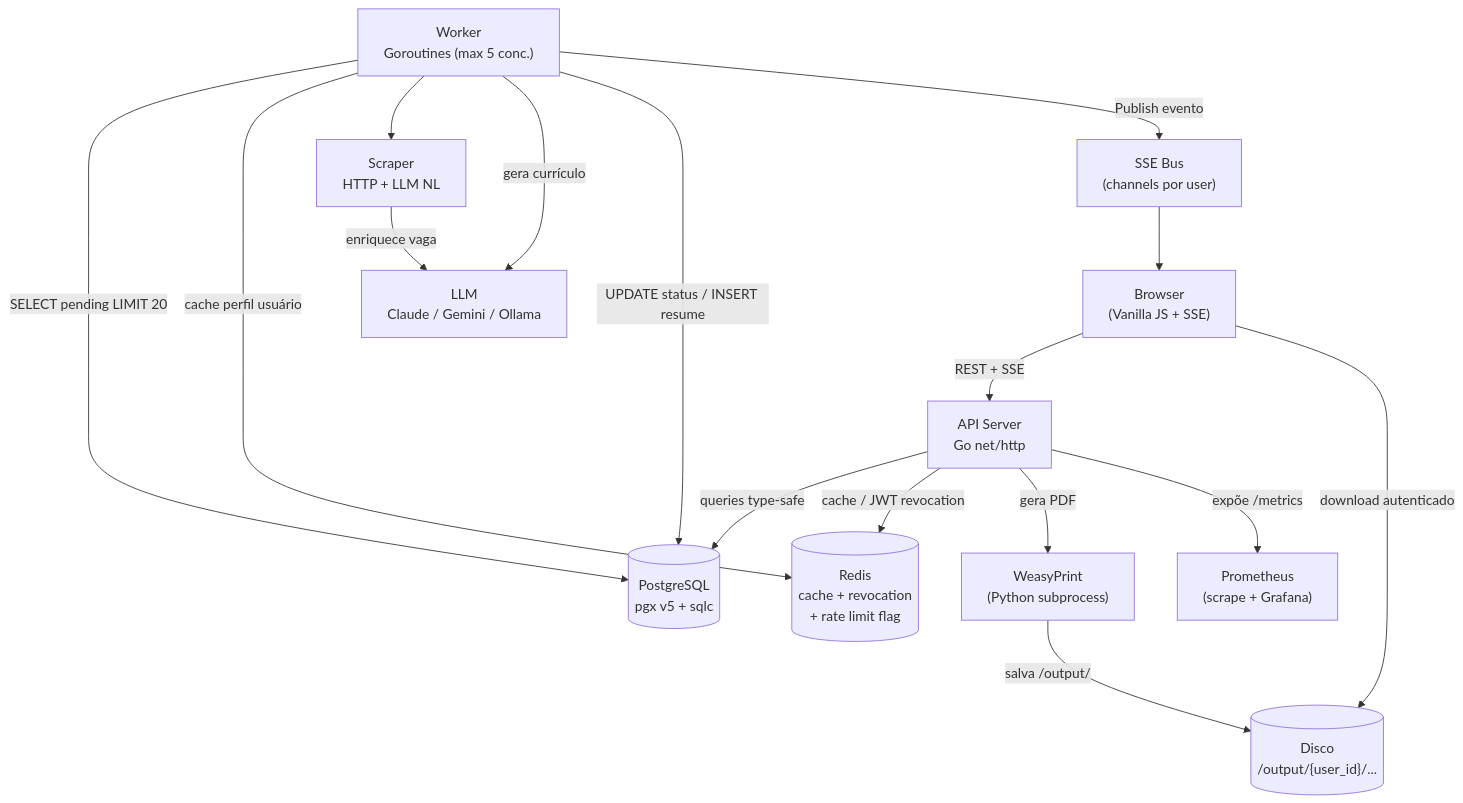
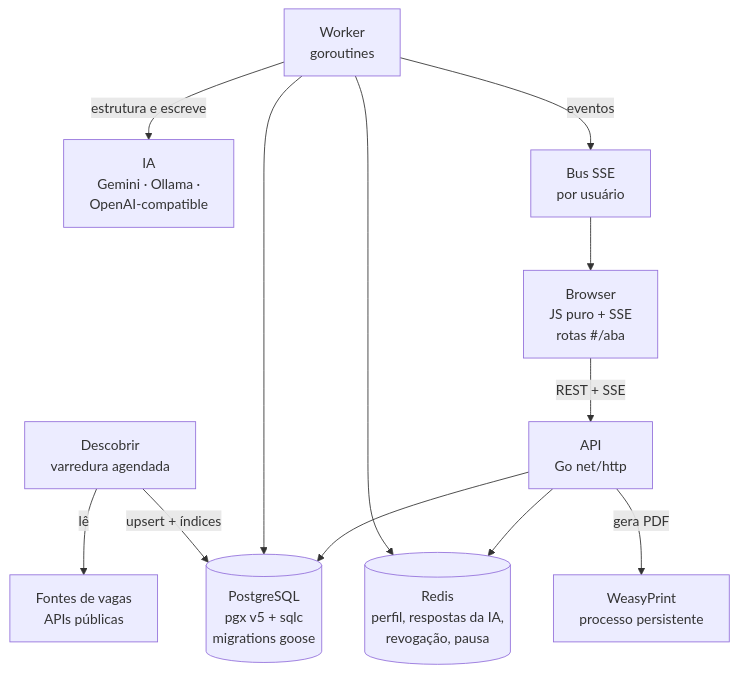
Before and after one commit to ZeroPirata/jubilant-fishstick: the second of 4 diagrams in README.md, drawn with Mermaid. The commit also changed other lines of this file and 3 other files, not shown here.

First line of the commit message:
docs: Ajuda explica o Descobrir e o que acontece por dentro; README reescrito (0.2.3)

````diff
--- a/README.md
+++ b/README.md
@@ -118,27 +126,23 @@
 ```mermaid
 graph TB
-    Browser["Browser\n(Vanilla JS + SSE)"]
-    API["API Server\nGo net/http"]
-    Worker["Worker\nGoroutines (max 5 conc.)"]
-    DB[("PostgreSQL\npgx v5 + sqlc")]
-    Cache[("Redis\ncache + revocation\n+ rate limit flag")]
-    LLM["LLM\nClaude / Gemini / Ollama"]
-    PDF["WeasyPrint\n(Python subprocess)"]
-    Scraper["Scraper\nHTTP + LLM NL"]
+    Browser["Browser<br/>JS puro + SSE<br/>rotas #/aba"]
+    API["API<br/>Go net/http"]
+    Worker["Worker<br/>goroutines"]
+    Disc["Descobrir<br/>varredura agendada"]
+    DB[("PostgreSQL<br/>pgx v5 + sqlc<br/>migrations goose")]
+    Cache[("Redis<br/>perfil, respostas da IA,<br/>revogação, pausa")]
+    LLM["IA<br/>Gemini · Ollama ·<br/>OpenAI-compatible"]
+    PDF["WeasyPrint<br/>processo persistente"]
+    Sources["Fontes de vagas<br/>APIs públicas"]
 
     Browser -- "REST + SSE" --> API
-    API -- "queries type-safe" --> DB
-    API -- "cache / JWT revocation" --> Cache
-    Worker -- "SELECT pending LIMIT 20" --> DB
-    Worker -- "cache perfil usuário" --> Cache
-    Worker --> Scraper
-    Scraper -- "enriquece vaga" --> LLM
-    Worker -- "gera currículo" --> LLM
-    Worker -- "UPDATE status / INSERT resume" --> DB
-    Worker -- "Publish evento" --> SSEBus["SSE Bus\n(channels por user)"]
-    SSEBus --> Browser
+    API --> DB
+    API --> Cache
+    Worker --> DB
+    Worker --> Cache
+    Worker -- "estrutura e escreve" --> LLM
+    Worker -- "eventos" --> SSE["Bus SSE<br/>por usuário"] --> Browser
+    Disc -- "lê" --> Sources
+    Disc -- "upsert + índices" --> DB
     API -- "gera PDF" --> PDF
-    PDF -- "salva /output/" --> Disk[("Disco\n/output/{user_id}/...")]
-    Browser -- "download autenticado" --> Disk
-    API -- "expõe /metrics" --> Prom["Prometheus\n(scrape + Grafana)"]
 ```
````
